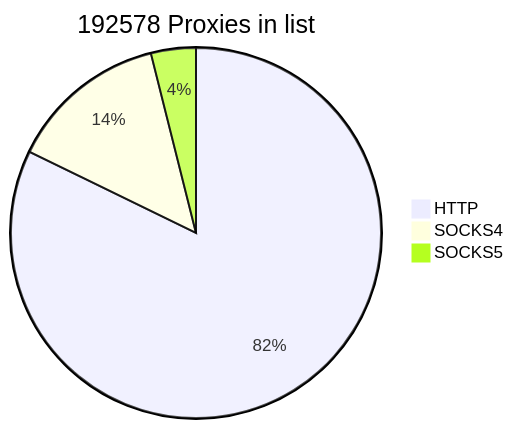
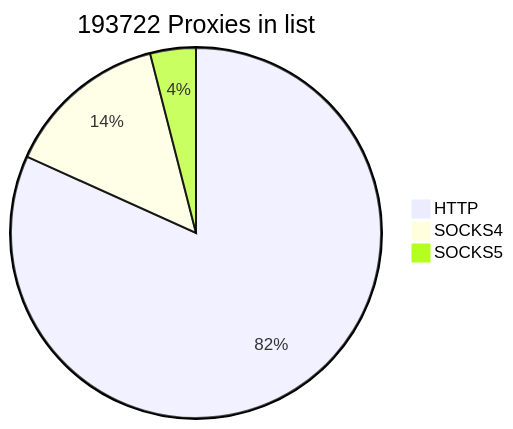
One commit to cutipu/proxylist changed the first of 2 diagrams in README.md. Above: the diagram before and after it, drawn with Mermaid. The commit also changed other lines of this file, not shown here.

````diff
--- a/README.md
+++ b/README.md
@@ -2,7 +2,7 @@
 ```mermaid
-pie title 192578 Proxies in list
-    "HTTP" : 158335
-    "SOCKS4" : 26699
-    "SOCKS5" : 7544
+pie title 193722 Proxies in list
+    "HTTP" : 158375
+    "SOCKS4" : 27623
+    "SOCKS5" : 7724
             
 ```
````
